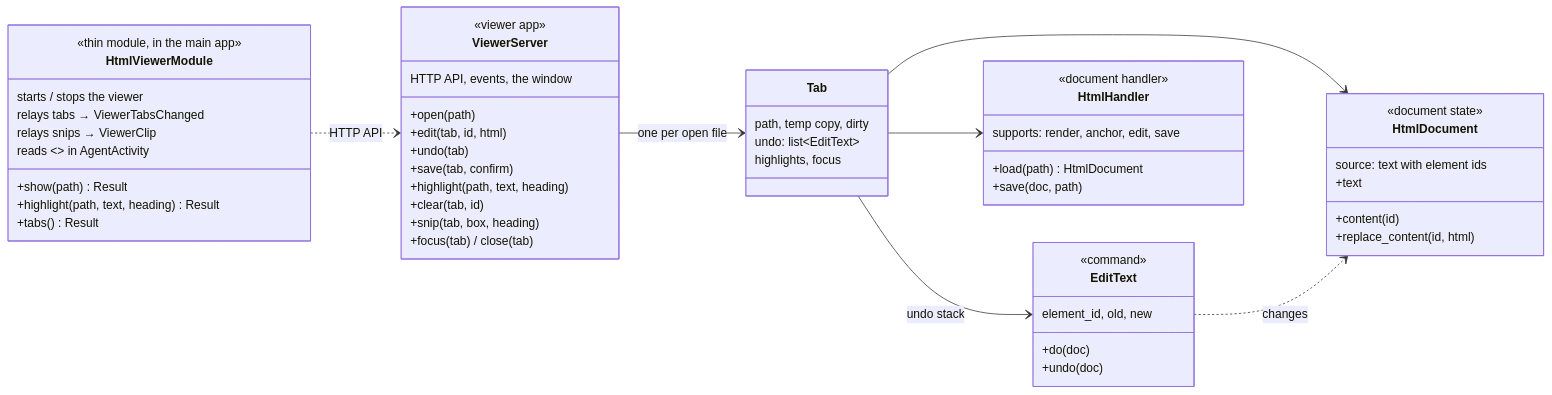
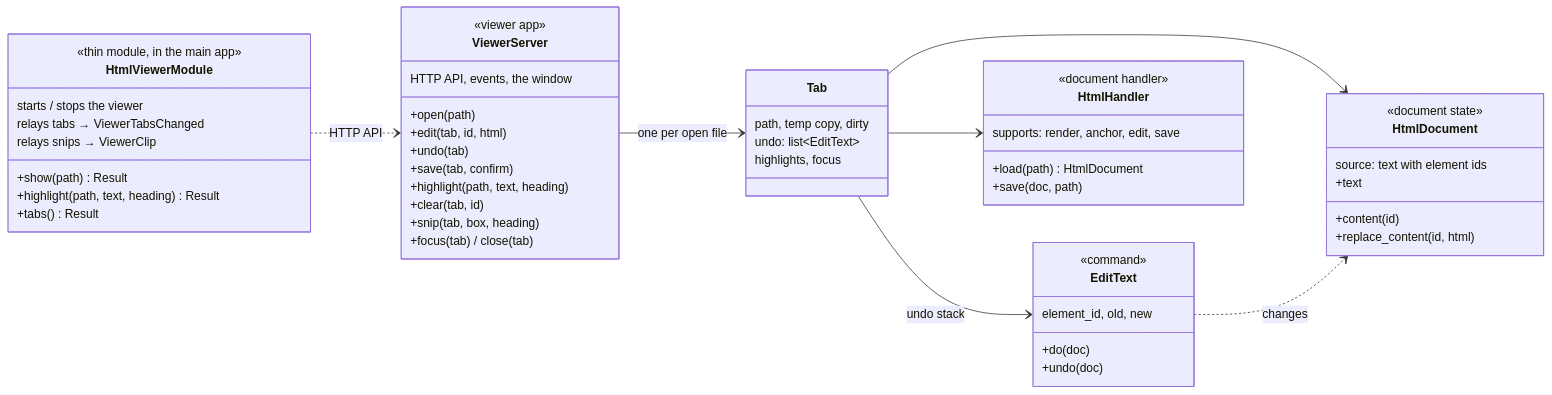
The third of 3 diagrams in docs/architecture/html-viewer.md (sharramon/AI_Assistant), drawn with Mermaid before and after one commit. The commit also changed other lines of this file and 321 other files, not shown here.

````diff
--- a/docs/architecture/html-viewer.md
+++ b/docs/architecture/html-viewer.md
@@ -145,56 +146,55 @@
 ```mermaid
 classDiagram
     direction LR
     class HtmlViewerModule {
         <<thin module, in the main app>>
         +show(path) Result
         +highlight(path, text, heading) Result
         +tabs() Result
         starts / stops the viewer
         relays tabs → ViewerTabsChanged
         relays snips → ViewerClip
-        reads <<SHOW: ...>> in AgentActivity
     }
     class ViewerServer {
         <<viewer app>>
         +open(path)
         +edit(tab, id, html)
         +undo(tab)
         +save(tab, confirm)
         +highlight(path, text, heading)
         +clear(tab, id)
         +snip(tab, box, heading)
         +focus(tab) / close(tab)
         HTTP API, events, the window
     }
     class Tab {
         path, temp copy, dirty
         undo: list~EditText~
         highlights, focus
     }
     class HtmlDocument {
         <<document state>>
         source: text with element ids
         +content(id)
         +replace_content(id, html)
         +text
     }
     class EditText {
         <<command>>
         element_id, old, new
         +do(doc)
         +undo(doc)
     }
     class HtmlHandler {
         <<document handler>>
         supports: render, anchor, edit, save
         +load(path) HtmlDocument
         +save(doc, path)
     }
     HtmlViewerModule ..> ViewerServer : HTTP API
     ViewerServer --> Tab : one per open file
     Tab --> HtmlDocument
     Tab --> EditText : undo stack
     Tab --> HtmlHandler
     EditText ..> HtmlDocument : changes
 ```
````
